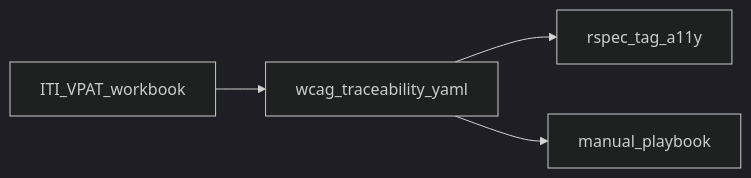
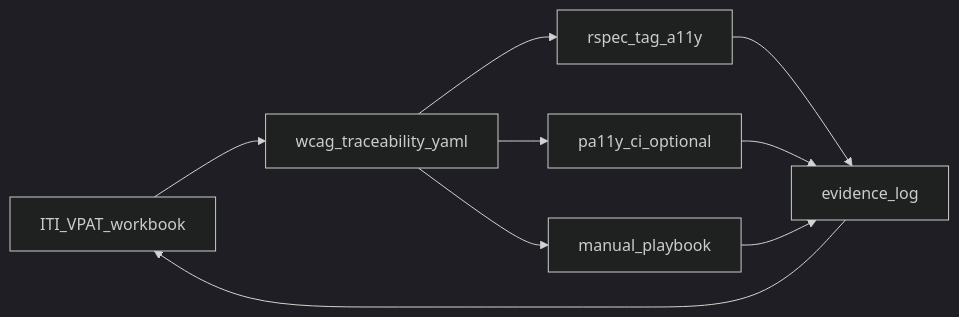
The diagram in docs/accessibility/README.md (samvera/hyku), drawn with Mermaid (dark theme) before and after one commit. The commit also changed other lines of this file and 33 other files, not shown here.

````diff
--- a/docs/accessibility/README.md
+++ b/docs/accessibility/README.md
@@ -9,10 +11,17 @@
 ```mermaid
 flowchart LR
   VPAT[ITI_VPAT_workbook]
   Matrix[wcag_traceability_yaml]
   Axe[rspec_tag_a11y]
+  Pa11y[pa11y_ci_optional]
   Manual[manual_playbook]
+  Evidence[evidence_log]
   VPAT --> Matrix
   Matrix --> Axe
+  Matrix --> Pa11y
   Matrix --> Manual
+  Axe --> Evidence
+  Pa11y --> Evidence
+  Manual --> Evidence
+  Evidence --> VPAT
 ```
````
